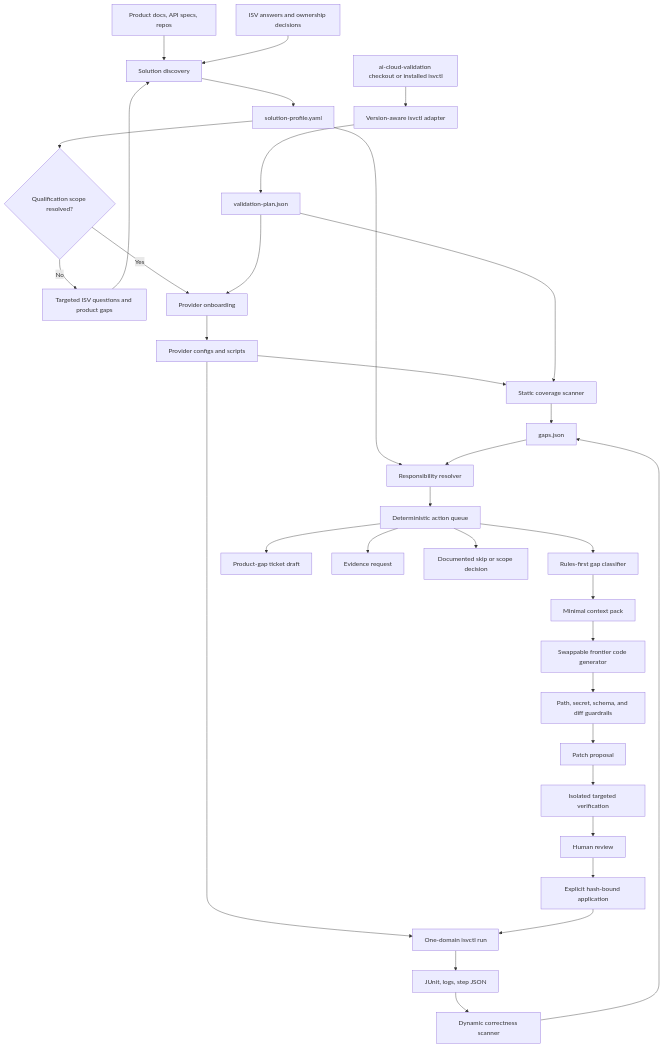
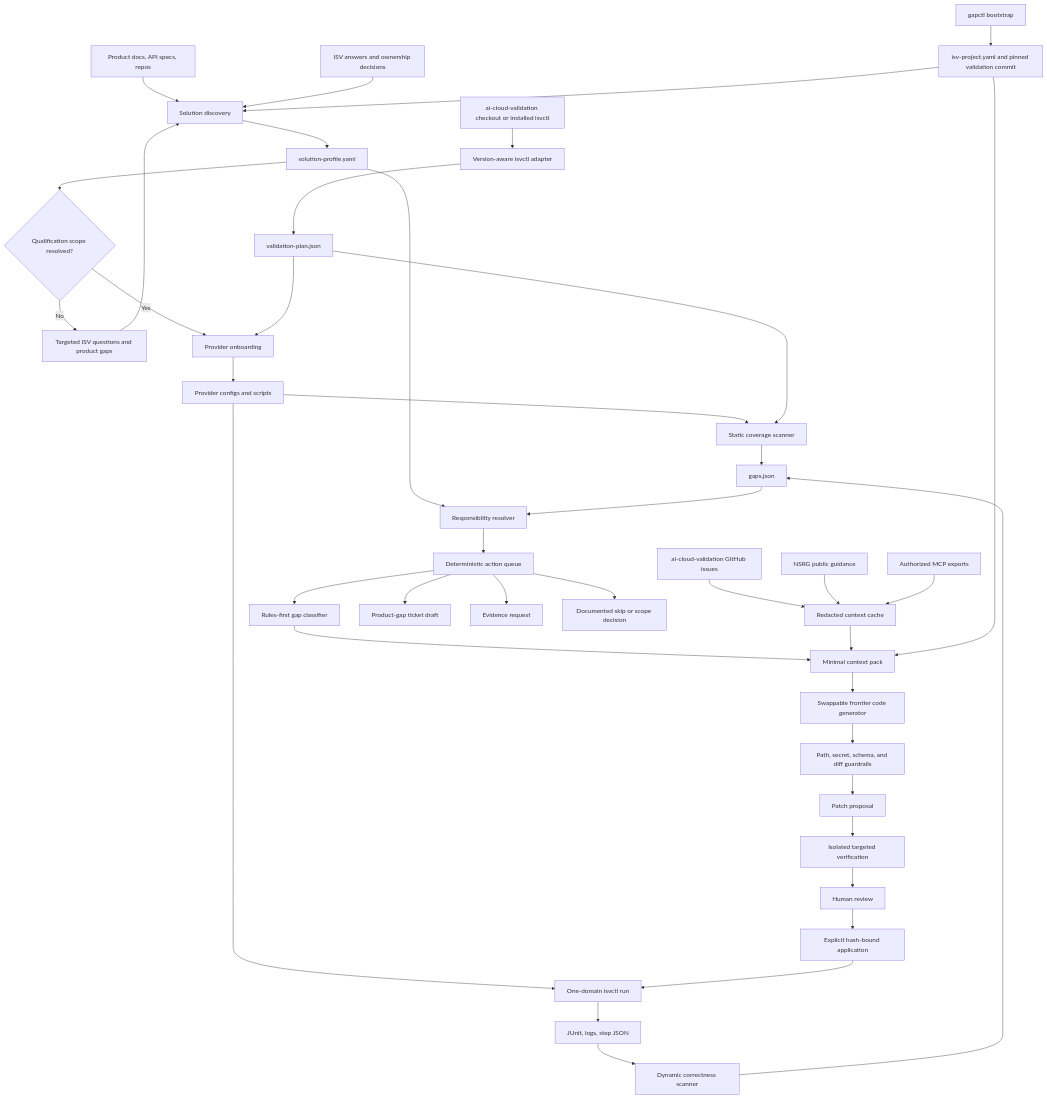
One commit to Gayatri-K26/isv-readiness changed the diagram in docs/architecture.md. Above: the diagram before and after it, drawn with Mermaid. The commit also changed other lines of this file and 14 other files, not shown here.

````diff
--- a/docs/architecture.md
+++ b/docs/architecture.md
@@ -14,43 +14,50 @@
 ```mermaid
 flowchart TD
+    Bootstrap[gapctl bootstrap] --> Project[isv-project.yaml and pinned validation commit]
     Docs[Product docs, API specs, repos] --> ProfileBuilder[Solution discovery]
+    Issues[ai-cloud-validation GitHub issues] --> ContextCache[Redacted context cache]
+    NSRG[NSRG public guidance] --> ContextCache
+    MCP[Authorized MCP exports] --> ContextCache
     ISV[ISV answers and ownership decisions] --> ProfileBuilder
+    Project --> ProfileBuilder
     ProfileBuilder --> Profile[solution-profile.yaml]
 
     ACV[ai-cloud-validation checkout or installed isvctl] --> Adapter[Version-aware isvctl adapter]
     Adapter --> Plan[validation-plan.json]
 
     Profile --> Gate{Qualification scope resolved?}
     Gate -->|No| Questions[Targeted ISV questions and product gaps]
     Questions --> ProfileBuilder
     Gate -->|Yes| Onboard[Provider onboarding]
     Plan --> Onboard
     Onboard --> Provider[Provider configs and scripts]
 
     Provider --> Static[Static coverage scanner]
     Plan --> Static
     Static --> Gaps[gaps.json]
 
     Provider --> Run[One-domain isvctl run]
     Run --> Artifacts[JUnit, logs, step JSON]
     Artifacts --> Dynamic[Dynamic correctness scanner]
     Dynamic --> Gaps
 
     Profile --> Resolver[Responsibility resolver]
     Gaps --> Resolver
     Resolver --> Actions[Deterministic action queue]
 
     Actions --> Classifier[Rules-first gap classifier]
     Classifier --> Context[Minimal context pack]
+    ContextCache --> Context
+    Project --> Context
     Context --> Generator[Swappable frontier code generator]
     Generator --> Guardrail[Path, secret, schema, and diff guardrails]
     Guardrail --> Patch[Patch proposal]
     Patch --> Verify[Isolated targeted verification]
     Verify --> Human[Human review]
     Human --> Apply[Explicit hash-bound application]
     Apply --> Run
 
     Actions --> Ticket[Product-gap ticket draft]
     Actions --> Evidence[Evidence request]
     Actions --> Skip[Documented skip or scope decision]
 ```
````
